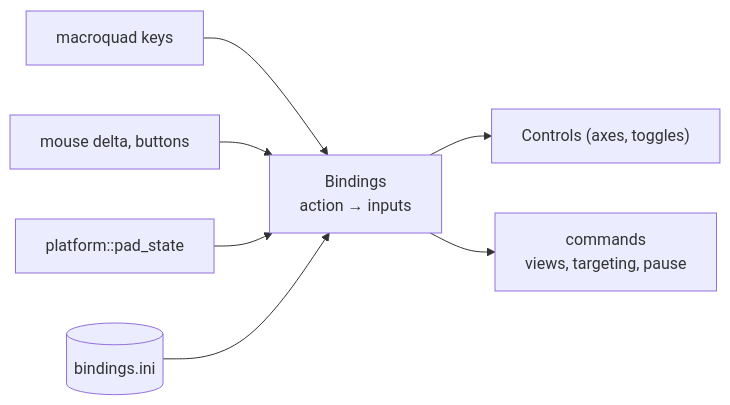
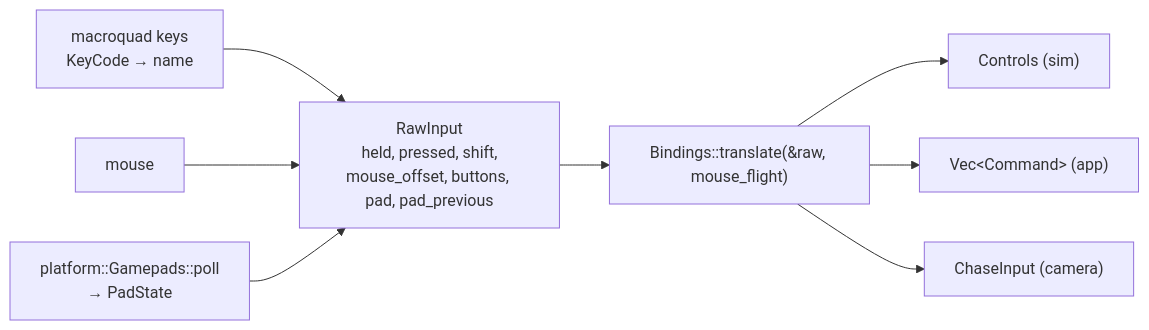
Before and after one commit to bbogovich/OpenInterceptor: the diagram in docs/architecture/input.md, drawn with Mermaid. The commit also changed other lines of this file and 48 other files, not shown here.

````diff
--- a/docs/architecture/input.md
+++ b/docs/architecture/input.md
@@ -8,9 +10,10 @@
 ```mermaid
 flowchart LR
-    K["macroquad keys"] --> B["Bindings<br/>action → inputs"]
-    M["mouse delta, buttons"] --> B
-    G["platform::pad_state"] --> B
-    BI[("bindings.ini")] --> B
-    B --> C["Controls (axes, toggles)"]
-    B --> CMD["commands<br/>views, targeting, pause"]
+    KB["macroquad keys<br/>KeyCode → name"] --> RAW["RawInput<br/>held, pressed, shift,<br/>mouse_offset, buttons, pad, pad_previous"]
+    MS["mouse"] --> RAW
+    GP["platform::Gamepads::poll<br/>→ PadState"] --> RAW
+    RAW --> T["Bindings::translate(&raw, mouse_flight)"]
+    T --> C["Controls (sim)"]
+    T --> CMD["Vec&lt;Command&gt; (app)"]
+    T --> CH["ChaseInput (camera)"]
 ```
````
